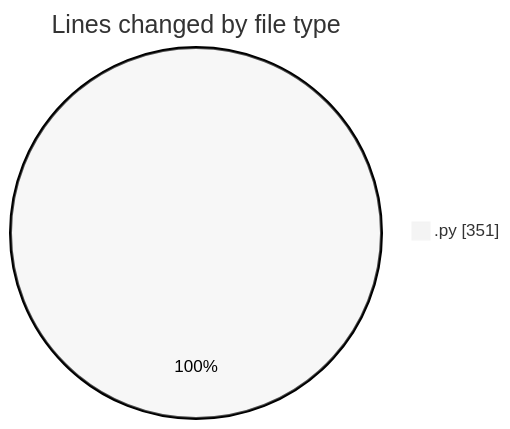
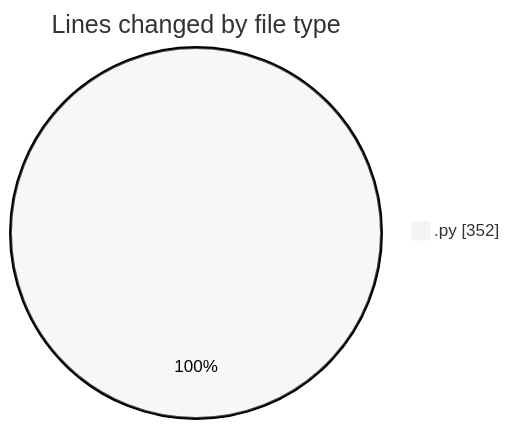
One commit to julien-gomy/code-tracking changed the first of 2 diagrams in 2025-11-04/eventscop-api-guide__workspace_/README.md. Above: the diagram before and after it, drawn with Mermaid (neutral theme). The commit also changed other lines of this file and 1 other file, not shown here.

````diff
--- a/2025-11-04/eventscop-api-guide__workspace_/README.md
+++ b/2025-11-04/eventscop-api-guide__workspace_/README.md
@@ -20,5 +20,5 @@
 ```mermaid
 pie showData
 title Lines changed by file type
-".py" : 351
+".py" : 352
 ```
````
